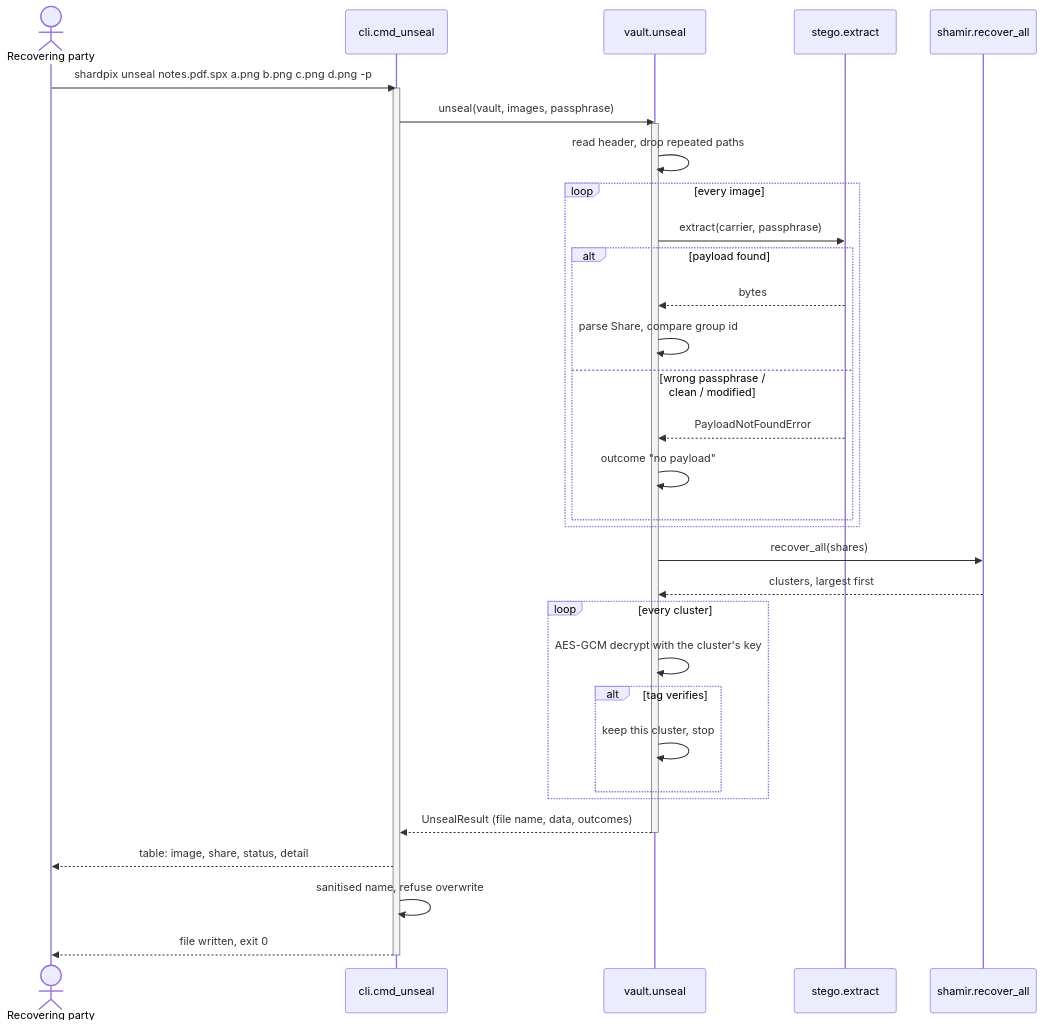
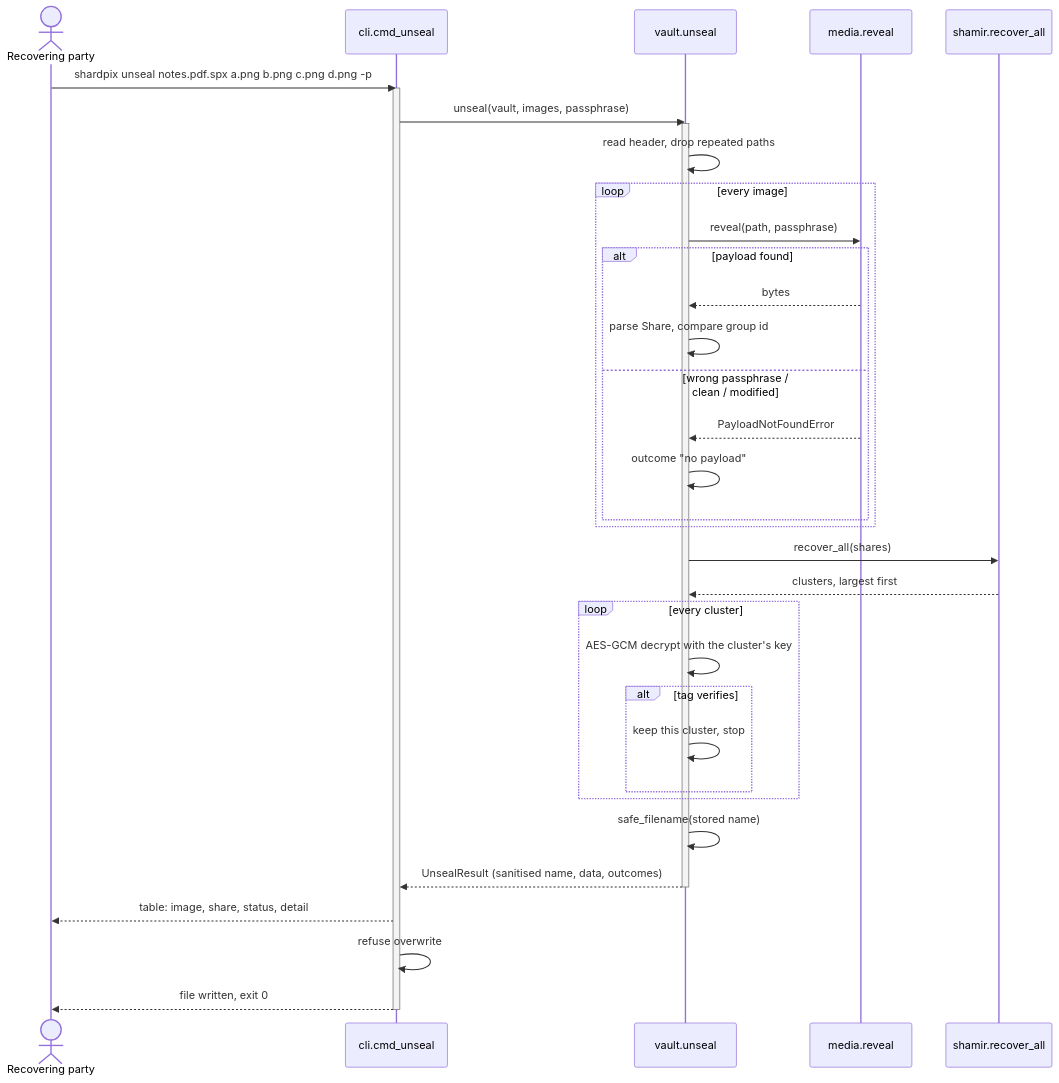
The second of 7 diagrams in docs/04-runtime-behaviour.md (Just-Ipavon/shardpix), drawn with Mermaid before and after one commit. The commit also changed other lines of this file and 4 other files, not shown here.

````diff
--- a/docs/04-runtime-behaviour.md
+++ b/docs/04-runtime-behaviour.md
@@ -66,38 +66,39 @@
 ```mermaid
 sequenceDiagram
     actor R as Recovering party
     participant CLI as cli.cmd_unseal
     participant V as vault.unseal
-    participant ST as stego.extract
+    participant ST as media.reveal
     participant SH as shamir.recover_all
 
     R->>CLI: shardpix unseal notes.pdf.spx a.png b.png c.png d.png -p
     activate CLI
     CLI->>V: unseal(vault, images, passphrase)
     activate V
     V->>V: read header, drop repeated paths
     loop every image
-        V->>ST: extract(carrier, passphrase)
+        V->>ST: reveal(path, passphrase)
         alt payload found
             ST-->>V: bytes
             V->>V: parse Share, compare group id
         else wrong passphrase / clean / modified
             ST-->>V: PayloadNotFoundError
             V->>V: outcome "no payload"
         end
     end
     V->>SH: recover_all(shares)
     SH-->>V: clusters, largest first
     loop every cluster
         V->>V: AES-GCM decrypt with the cluster's key
         alt tag verifies
             V->>V: keep this cluster, stop
         end
     end
-    V-->>CLI: UnsealResult (file name, data, outcomes)
+    V->>V: safe_filename(stored name)
+    V-->>CLI: UnsealResult (sanitised name, data, outcomes)
     deactivate V
     CLI-->>R: table: image, share, status, detail
-    CLI->>CLI: sanitised name, refuse overwrite
+    CLI->>CLI: refuse overwrite
     CLI-->>R: file written, exit 0
     deactivate CLI
 ```
````
